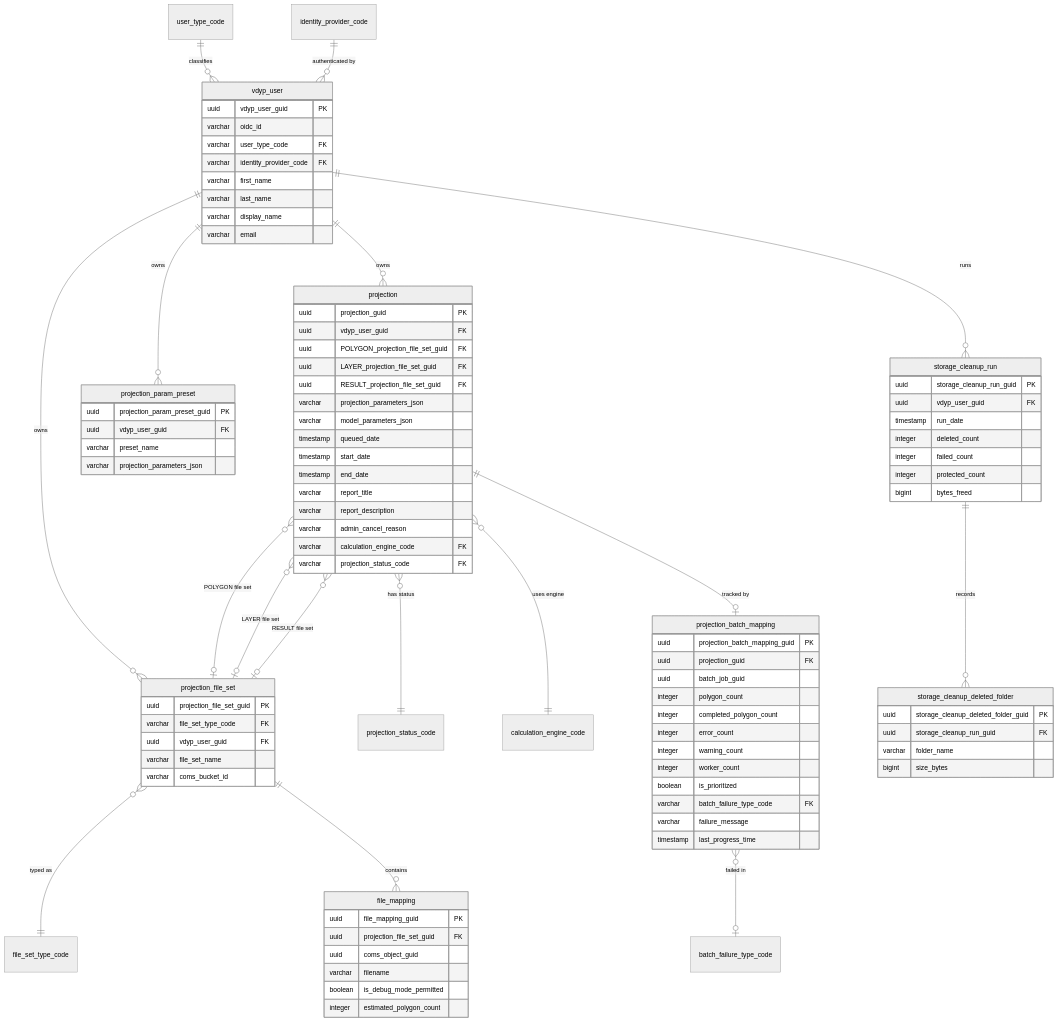
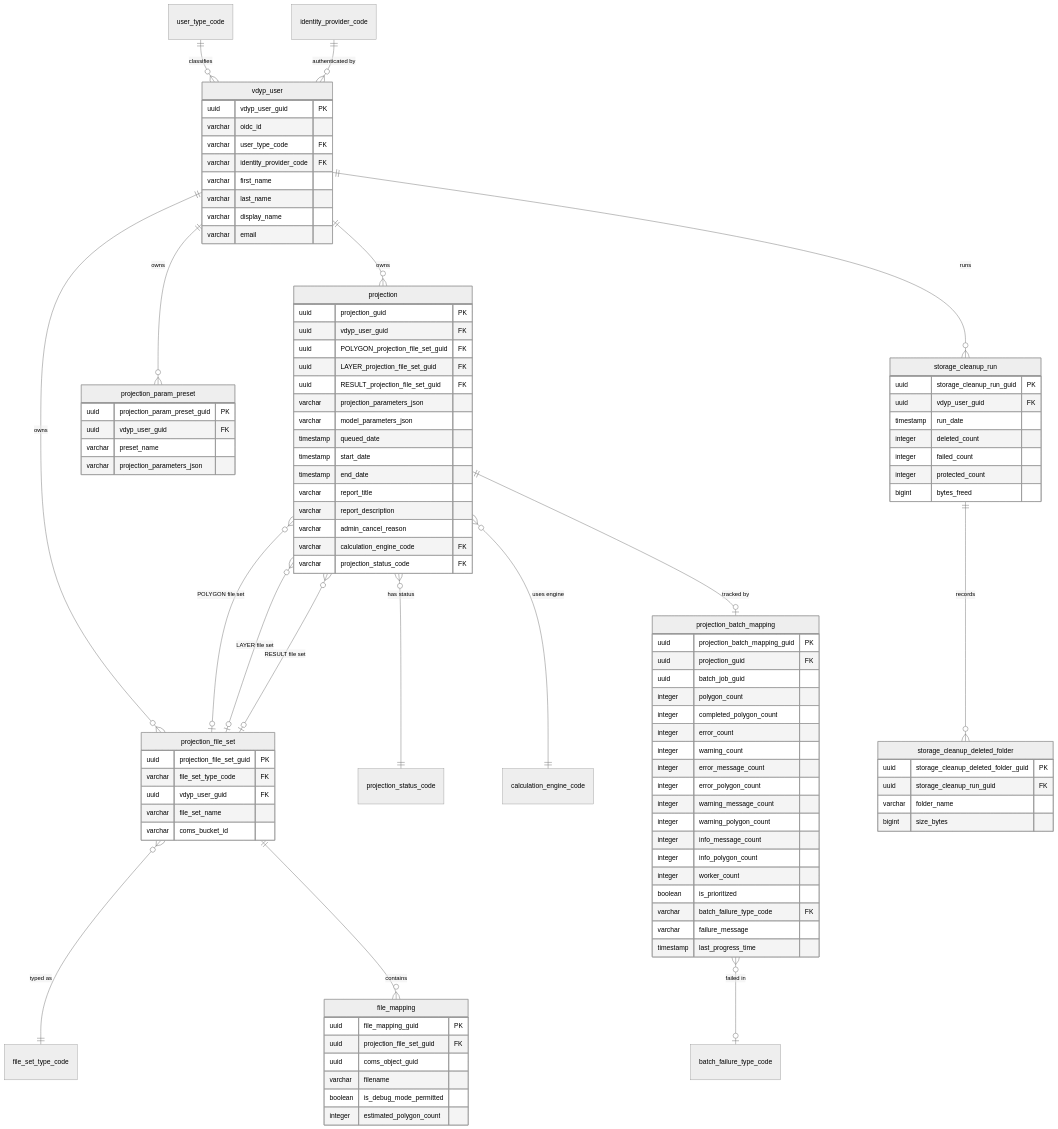
The first of 3 diagrams in docs/architecture/data-model.md (bcgov/nr-vdyp), drawn with Mermaid (neutral theme) before and after one commit. The commit also changed 35 other files, not shown here.

Commit message:
VDYP-1169: Rename Error Count to Alert Count and add alert breakdown tooltip

```diff
--- a/docs/architecture/data-model.md
+++ b/docs/architecture/data-model.md
@@ -86,6 +86,12 @@
         integer completed_polygon_count
         integer error_count
         integer warning_count
+        integer error_message_count
+        integer error_polygon_count
+        integer warning_message_count
+        integer warning_polygon_count
+        integer info_message_count
+        integer info_polygon_count
         integer worker_count
         boolean is_prioritized
         varchar batch_failure_type_code FK
```
